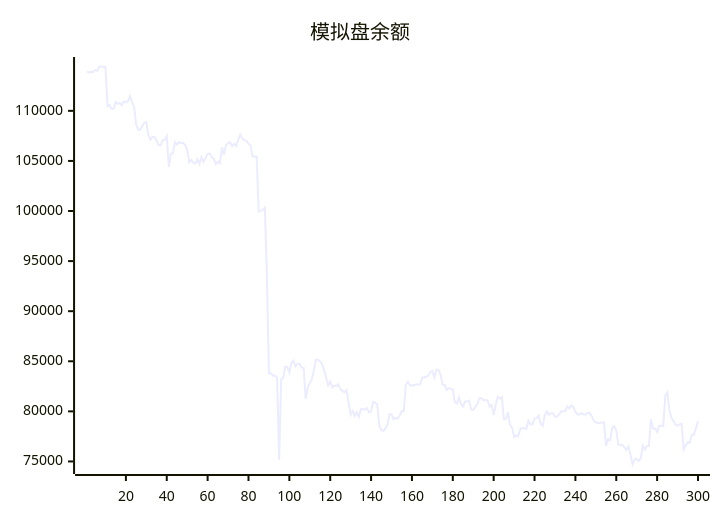
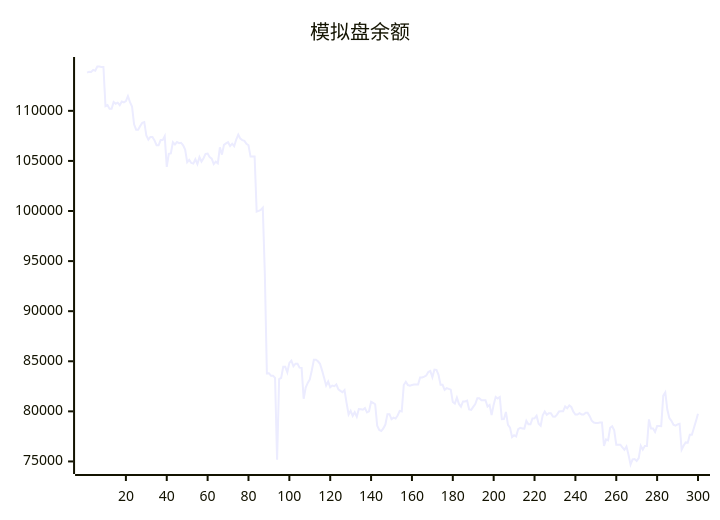
The diagram in README.md (aahl/ai-trading), drawn with Mermaid before and after one commit. The commit also changed other lines of this file and 1 other file, not shown here.

````diff
--- a/README.md
+++ b/README.md
@@ -5,5 +5,5 @@
 ```mermaid
 xychart
     title "模拟盘余额"
-    line [113942,113812,113908,113877,114091,113998,114427,114422,114384,114384,110477,110576,110198,110198,110890,110712,110812,110569,110929,110847,110968,111478,110870,110433,108661,108116,108115,108485,108797,108877,107536,107134,107393,107393,107046,106565,106565,107081,107081,107478,104404,105715,105749,106866,106651,106889,106771,106816,106565,106141,104876,105103,104796,104734,105169,104690,105380,104941,105272,105709,105739,105374,105227,104691,104924,104762,106364,105628,106608,106748,106872,106485,106721,106468,107132,107620,107224,107080,107001,106717,106567,105431,105431,105440,99950,100017,100113,100337,93749,83795,83807,83567,83567,83342,75168,83222,83336,84448,84449,83896,84839,85065,84499,84757,84757,84364,84347,81254,82385,82835,83184,84099,85150,85150,85002,84751,84096,83356,82582,82983,82404,82572,82512,82688,82200,82047,81920,82125,80840,79688,80060,79552,79920,79470,80236,80208,80170,80336,79894,80006,80954,80837,80712,78561,78139,78037,78293,78682,79720,79720,79214,79372,79279,79591,80046,79993,82625,82950,82626,82571,82633,82670,82670,82681,83386,83378,83464,83579,83920,84037,83402,84160,84142,83652,82655,82655,82145,82315,82243,82163,80934,80770,81371,80742,80468,80989,80989,81067,80191,80155,80450,80737,81309,81309,81106,81119,81119,80471,80631,79624,80670,81448,81290,81429,79212,79222,79940,78643,78380,77432,77623,77504,78235,78358,78284,78277,79048,78714,78714,79290,79308,79567,78763,78563,79603,79988,79652,79813,79813,79476,79469,79673,79995,80015,80015,80486,80314,80600,80436,79966,79689,79689,79819,79692,79692,79850,79850,79518,79071,78889,78850,78850,78878,78878,76554,77202,77103,78357,78510,78106,76678,76677,76672,76411,76159,76485,75656,74695,75197,75246,75052,75334,76564,76179,76553,76551,79196,78300,78300,77944,78531,78531,78521,81564,81884,80160,79335,79055,78675,78580,78708,78764,76179,76586,76902,76876,77658,77669,78346,79023]
+    line [113812,113908,113877,114091,113998,114427,114422,114384,114384,110477,110576,110198,110198,110890,110712,110812,110569,110929,110847,110968,111478,110870,110433,108661,108116,108115,108485,108797,108877,107536,107134,107393,107393,107046,106565,106565,107081,107081,107478,104404,105715,105749,106866,106651,106889,106771,106816,106565,106141,104876,105103,104796,104734,105169,104690,105380,104941,105272,105709,105739,105374,105227,104691,104924,104762,106364,105628,106608,106748,106872,106485,106721,106468,107132,107620,107224,107080,107001,106717,106567,105431,105431,105440,99950,100017,100113,100337,93749,83795,83807,83567,83567,83342,75168,83222,83336,84448,84449,83896,84839,85065,84499,84757,84757,84364,84347,81254,82385,82835,83184,84099,85150,85150,85002,84751,84096,83356,82582,82983,82404,82572,82512,82688,82200,82047,81920,82125,80840,79688,80060,79552,79920,79470,80236,80208,80170,80336,79894,80006,80954,80837,80712,78561,78139,78037,78293,78682,79720,79720,79214,79372,79279,79591,80046,79993,82625,82950,82626,82571,82633,82670,82670,82681,83386,83378,83464,83579,83920,84037,83402,84160,84142,83652,82655,82655,82145,82315,82243,82163,80934,80770,81371,80742,80468,80989,80989,81067,80191,80155,80450,80737,81309,81309,81106,81119,81119,80471,80631,79624,80670,81448,81290,81429,79212,79222,79940,78643,78380,77432,77623,77504,78235,78358,78284,78277,79048,78714,78714,79290,79308,79567,78763,78563,79603,79988,79652,79813,79813,79476,79469,79673,79995,80015,80015,80486,80314,80600,80436,79966,79689,79689,79819,79692,79692,79850,79850,79518,79071,78889,78850,78850,78878,78878,76554,77202,77103,78357,78510,78106,76678,76677,76672,76411,76159,76485,75656,74695,75197,75246,75052,75334,76564,76179,76553,76551,79196,78300,78300,77944,78531,78531,78521,81564,81884,80160,79335,79055,78675,78580,78708,78764,76179,76586,76902,76876,77658,77669,78346,79023,79769]
 ```
````
